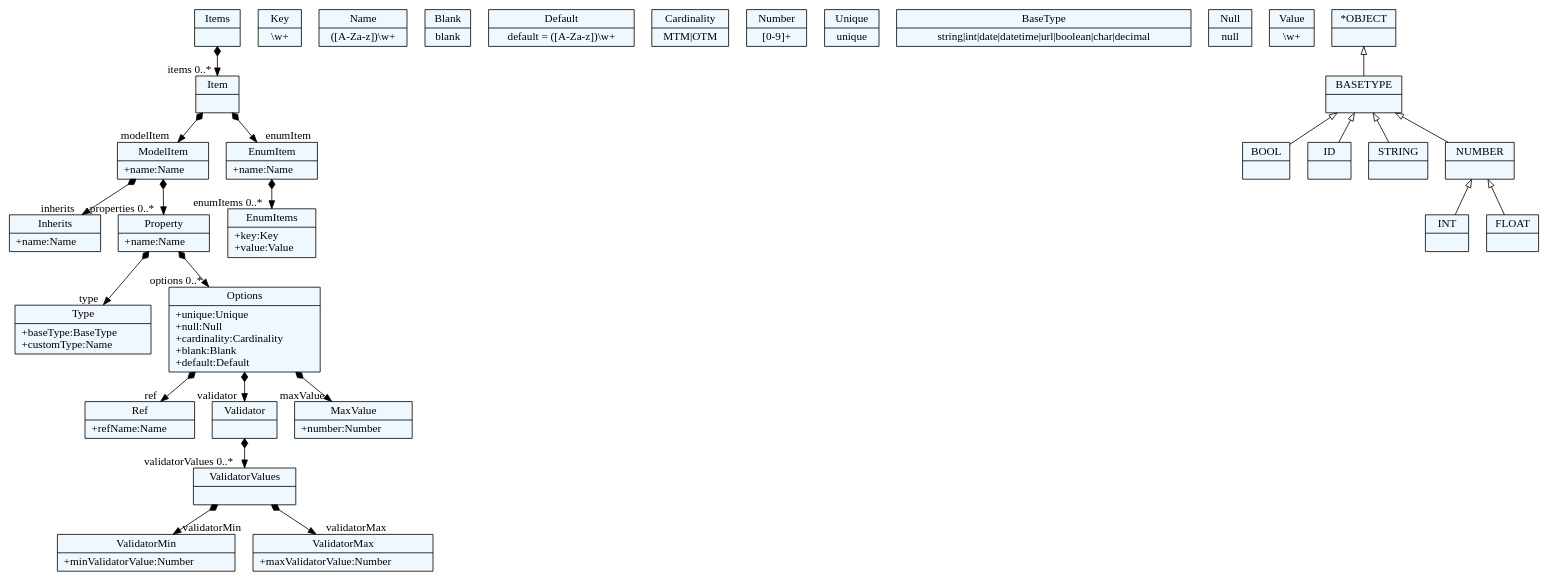
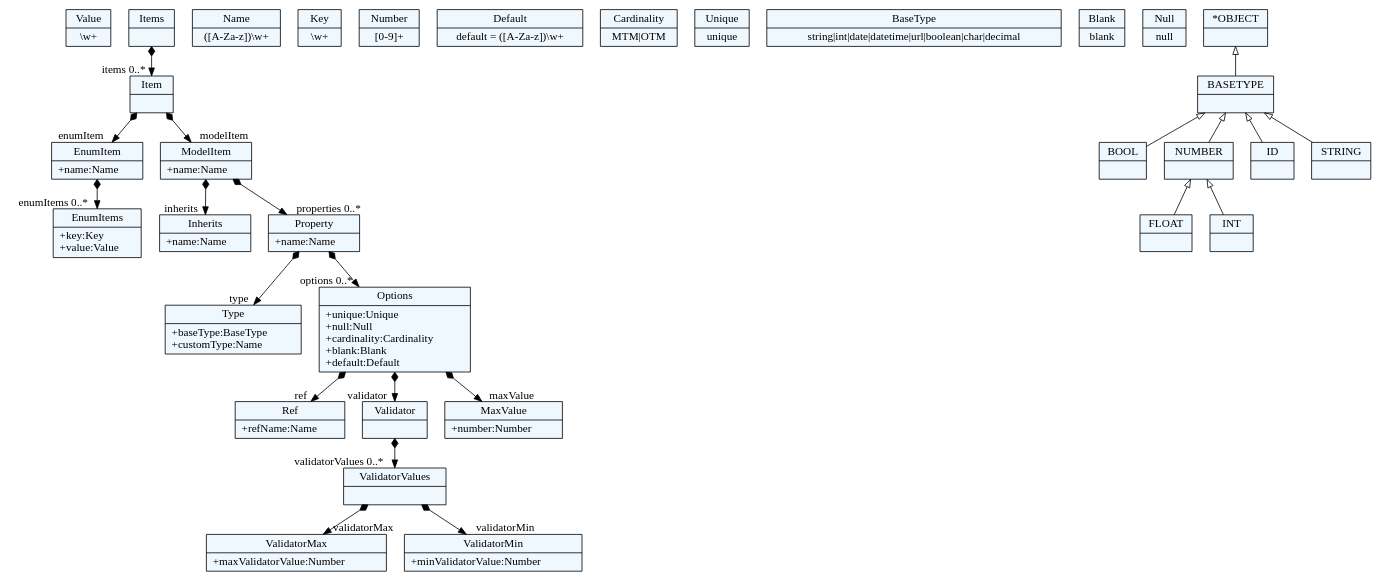
The diagram in Generator/test_meta.dot (sergiosuperstar/FTN-MBRS), drawn with Graphviz before and after one commit. The commit also changed 7 other files, not shown here.

```diff
--- a/Generator/test_meta.dot
+++ b/Generator/test_meta.dot
@@ -1,102 +1,102 @@
 
     digraph xtext {
     fontname = "Bitstream Vera Sans"
     fontsize = 8
     node[
         shape=record,
         style=filled,
         fillcolor=aliceblue
     ]
     nodesep = 0.3
     edge[dir=black,arrowtail=empty]
 
 
-65773784 -> 65782744[arrowtail=diamond, dir=both, headlabel="inherits "]
-65773784 -> 65790808[arrowtail=diamond, dir=both, headlabel="properties 0..*"]
-65773784[ label="{ModelItem|+name:Name\l}"]
+64274104[ label="{Value|\\w+}"]
 
-65802456[ label="{Ref|+refName:Name\l}"]
+64301880[ label="{Ref|+refName:Name\l}"]
 
-65772888 -> 65786328[arrowtail=diamond, dir=both, headlabel="enumItems 0..*"]
-65772888[ label="{EnumItem|+name:Name\l}"]
+64303672[ label="{ValidatorMax|+maxValidatorValue:Number\l}"]
 
-65794392[ label="{ValidatorMin|+minValidatorValue:Number\l}"]
+64299192 -> 64294712[arrowtail=diamond, dir=both, headlabel="enumItems 0..*"]
+64299192[ label="{EnumItem|+name:Name\l}"]
 
-65771992[ label="{Key|\\w+}"]
+64281272[ label="{Name|([A-Za-z])\\w+}"]
 
-65797080 -> 65816792[arrowtail=diamond, dir=both, headlabel="validatorValues 0..*"]
-65797080[ label="{Validator|}"]
+64271416 -> 64280376[arrowtail=diamond, dir=both, headlabel="validatorValues 0..*"]
+64271416[ label="{Validator|}"]
 
-65762136[ label="{Name|([A-Za-z])\\w+}"]
+64295608[ label="{Key|\\w+}"]
 
-65817688[ label="{ValidatorMax|+maxValidatorValue:Number\l}"]
+64294712[ label="{EnumItems|+key:Key\l+value:Value\l}"]
 
-65764824 -> 65761240[arrowtail=diamond, dir=both, headlabel="items 0..*"]
-65764824[ label="{Items|}"]
+64297400[ label="{Type|+baseType:BaseType\l+customType:Name\l}"]
 
-65788120[ label="{Type|+baseType:BaseType\l+customType:Name\l}"]
+64300984[ label="{MaxValue|+number:Number\l}"]
 
-65793496[ label="{Blank|blank}"]
+64275896 -> 64293816[arrowtail=diamond, dir=both, headlabel="inherits "]
+64275896 -> 64277688[arrowtail=diamond, dir=both, headlabel="properties 0..*"]
+64275896[ label="{ModelItem|+name:Name\l}"]
 
-65786328[ label="{EnumItems|+key:Key\l+value:Value\l}"]
+64296504 -> 64275896[arrowtail=diamond, dir=both, headlabel="modelItem "]
+64296504 -> 64299192[arrowtail=diamond, dir=both, headlabel="enumItem "]
+64296504[ label="{Item|}"]
 
-65780952[ label="{MaxValue|+number:Number\l}"]
+64279480 -> 64300984[arrowtail=diamond, dir=both, headlabel="maxValue "]
+64279480 -> 64301880[arrowtail=diamond, dir=both, headlabel="ref "]
+64279480 -> 64271416[arrowtail=diamond, dir=both, headlabel="validator "]
+64279480[ label="{Options|+unique:Unique\l+null:Null\l+cardinality:Cardinality\l+blank:Blank\l+default:Default\l}"]
 
-65761240 -> 65773784[arrowtail=diamond, dir=both, headlabel="modelItem "]
-65761240 -> 65772888[arrowtail=diamond, dir=both, headlabel="enumItem "]
-65761240[ label="{Item|}"]
+64298296 -> 64296504[arrowtail=diamond, dir=both, headlabel="items 0..*"]
+64298296[ label="{Items|}"]
 
-65795288[ label="{Default|default = ([A-Za-z])\\w+}"]
+64269624[ label="{Number|[0-9]+}"]
 
-65782744[ label="{Inherits|+name:Name\l}"]
+64304568[ label="{Default|default = ([A-Za-z])\\w+}"]
 
-65800664[ label="{Cardinality|MTM\|OTM}"]
+64302776[ label="{Cardinality|MTM\|OTM}"]
 
-65791704[ label="{Number|[0-9]+}"]
+64277688 -> 64297400[arrowtail=diamond, dir=both, headlabel="type "]
+64277688 -> 64279480[arrowtail=diamond, dir=both, headlabel="options 0..*"]
+64277688[ label="{Property|+name:Name\l}"]
 
-65771096[ label="{Unique|unique}"]
+64268728[ label="{Unique|unique}"]
 
-65768408[ label="{BaseType|string\|int\|date\|datetime\|url\|boolean\|char\|decimal}"]
+64293816[ label="{Inherits|+name:Name\l}"]
 
-65816792 -> 65817688[arrowtail=diamond, dir=both, headlabel="validatorMax "]
-65816792 -> 65794392[arrowtail=diamond, dir=both, headlabel="validatorMin "]
-65816792[ label="{ValidatorValues|}"]
+64278584[ label="{BaseType|string\|int\|date\|datetime\|url\|boolean\|char\|decimal}"]
 
-65789016 -> 65780952[arrowtail=diamond, dir=both, headlabel="maxValue "]
-65789016 -> 65802456[arrowtail=diamond, dir=both, headlabel="ref "]
-65789016 -> 65797080[arrowtail=diamond, dir=both, headlabel="validator "]
-65789016[ label="{Options|+unique:Unique\l+null:Null\l+cardinality:Cardinality\l+blank:Blank\l+default:Default\l}"]
+64300088[ label="{Blank|blank}"]
 
-65789912[ label="{Null|null}"]
+64280376 -> 64303672[arrowtail=diamond, dir=both, headlabel="validatorMax "]
+64280376 -> 64272312[arrowtail=diamond, dir=both, headlabel="validatorMin "]
+64280376[ label="{ValidatorValues|}"]
 
-65776472[ label="{Value|\\w+}"]
+64267832[ label="{Null|null}"]
 
-65790808 -> 65788120[arrowtail=diamond, dir=both, headlabel="type "]
-65790808 -> 65789016[arrowtail=diamond, dir=both, headlabel="options 0..*"]
-65790808[ label="{Property|+name:Name\l}"]
+64272312[ label="{ValidatorMin|+minValidatorValue:Number\l}"]
 
-65769304[ label="{*OBJECT|}"]
-65769304 -> 65766616 [dir=back]
+64289336[ label="{BOOL|}"]
 
-65781848[ label="{INT|}"]
+64288440[ label="{BASETYPE|}"]
+64288440 -> 64266040 [dir=back]
+64288440 -> 64289336 [dir=back]
+64288440 -> 64283960 [dir=back]
+64288440 -> 64264248 [dir=back]
 
-65783640[ label="{BOOL|}"]
+64283960[ label="{ID|}"]
 
-65792600[ label="{FLOAT|}"]
+64266040[ label="{NUMBER|}"]
+64266040 -> 64292920 [dir=back]
+64266040 -> 64287544 [dir=back]
 
-65763032[ label="{ID|}"]
+64292920[ label="{FLOAT|}"]
 
-65774680[ label="{STRING|}"]
+64287544[ label="{INT|}"]
 
-65785432[ label="{NUMBER|}"]
-65785432 -> 65792600 [dir=back]
-65785432 -> 65781848 [dir=back]
+64265144[ label="{*OBJECT|}"]
+64265144 -> 64288440 [dir=back]
 
-65766616[ label="{BASETYPE|}"]
-65766616 -> 65785432 [dir=back]
-65766616 -> 65783640 [dir=back]
-65766616 -> 65763032 [dir=back]
-65766616 -> 65774680 [dir=back]
+64264248[ label="{STRING|}"]
 
 
 }
```
